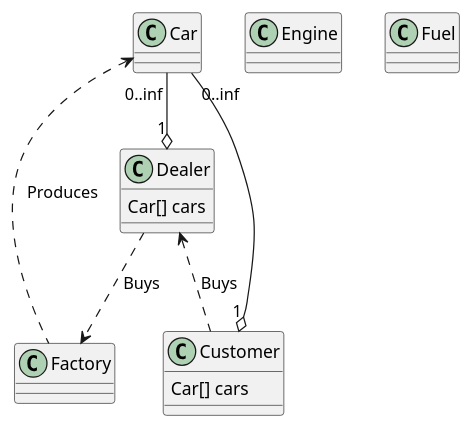
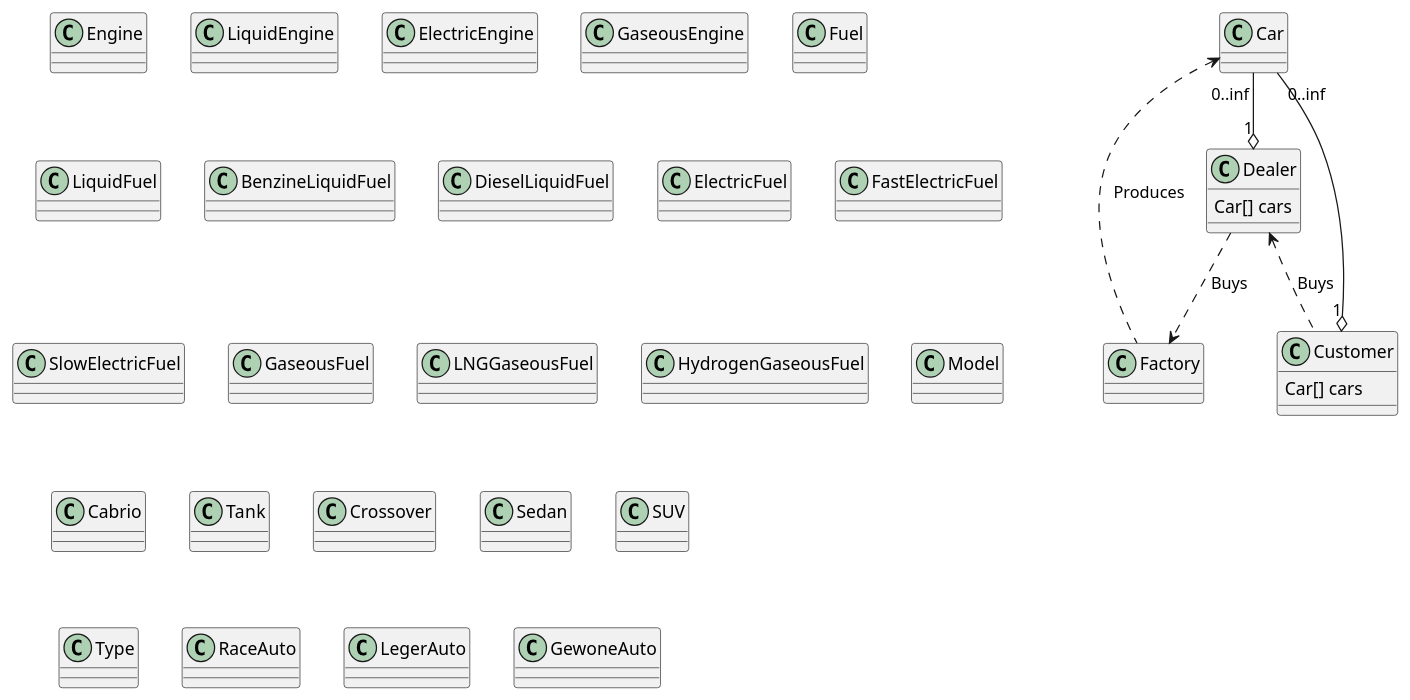
One commit to cyborgdennett/PRO05A-Design-Patterns changed the diagram in base copy.puml. Above: the diagram before and after it, drawn with PlantUML.

Commit message:
Car classes

```diff
--- a/base copy.puml
+++ b/base copy.puml
@@ -5,29 +5,51 @@
 @startuml
 ' ---Car related classes---
 class Car{}
-class Engine{}
-class Fuel{}
+    class Engine{}
+        class LiquidEngine{}
+        class ElectricEngine{}
+        class GaseousEngine{}
+    class Fuel{}
+        class LiquidFuel{}
+            class BenzineLiquidFuel{}
+            class DieselLiquidFuel{}
+        class ElectricFuel{}
+            class FastElectricFuel{}
+            class SlowElectricFuel{}
+        class GaseousFuel{}
+            class LNGGaseousFuel{}
+            class HydrogenGaseousFuel
+    class Model{}
+        class Cabrio{}
+        class Tank{}
+        class Crossover{}
+        class Sedan{}
+        class SUV{}
+    class Type{}
+        class RaceAuto{}
+        class LegerAuto{}
+        class GewoneAuto{}
 
 
 
 
-' -------
+' ---Factory classes
 
 class Factory{}
 class Dealer{
     Car[] cars
 }
 class Customer{
     Car[] cars
 }
 
 
 Car "0..inf"--o "1" Customer
 Car "0..inf"--o "1" Dealer
 Car <.- Factory : "Produces"
 Dealer <.-  Customer : "Buys"
 Dealer -.> Factory : "Buys"
 
 
 
 @enduml
```
